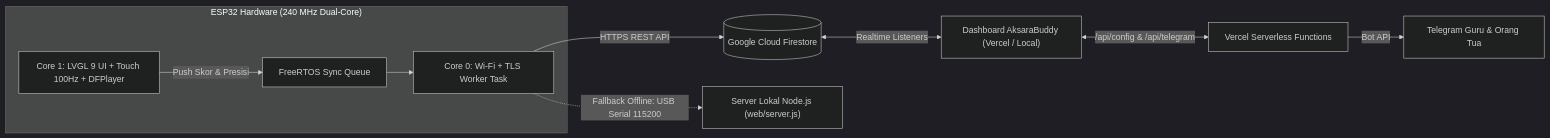
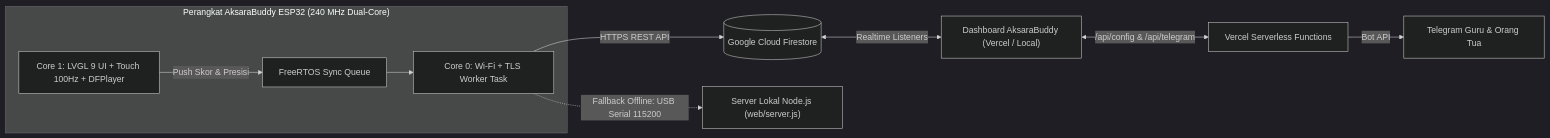
One commit to cokvrindaa/OpenAksara_ESP32 changed the diagram in README.md. Above: the diagram before and after it, drawn with Mermaid (dark theme). The commit also changed other lines of this file, not shown here.

````diff
--- a/README.md
+++ b/README.md
@@ -79,16 +100,16 @@
 ```mermaid
 flowchart LR
-    subgraph ESP32["ESP32 Hardware (240 MHz Dual-Core)"]
+    subgraph ESP32["Perangkat AksaraBuddy ESP32 (240 MHz Dual-Core)"]
         C1["Core 1: LVGL 9 UI + Touch 100Hz + DFPlayer"]
         Q["FreeRTOS Sync Queue"]
         C0["Core 0: Wi-Fi + TLS Worker Task"]
         C1 -->|Push Skor & Presisi| Q --> C0
     end
 
     C0 -->|HTTPS REST API| FS[("Google Cloud Firestore")]
     C0 -.->|Fallback Offline: USB Serial 115200| PC["Server Lokal Node.js (web/server.js)"]
 
     FS <-->|Realtime Listeners| WEB["Dashboard AksaraBuddy (Vercel / Local)"]
     WEB <-->|/api/config & /api/telegram| API["Vercel Serverless Functions"]
     API -->|Bot API| TG["Telegram Guru & Orang Tua"]
 ```
````
